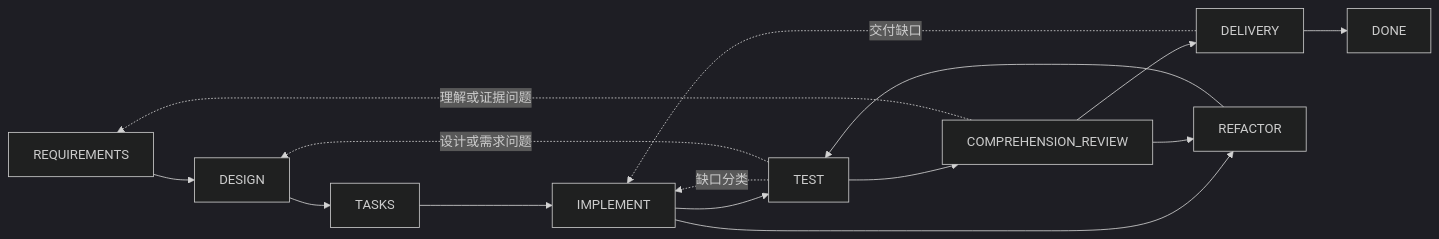
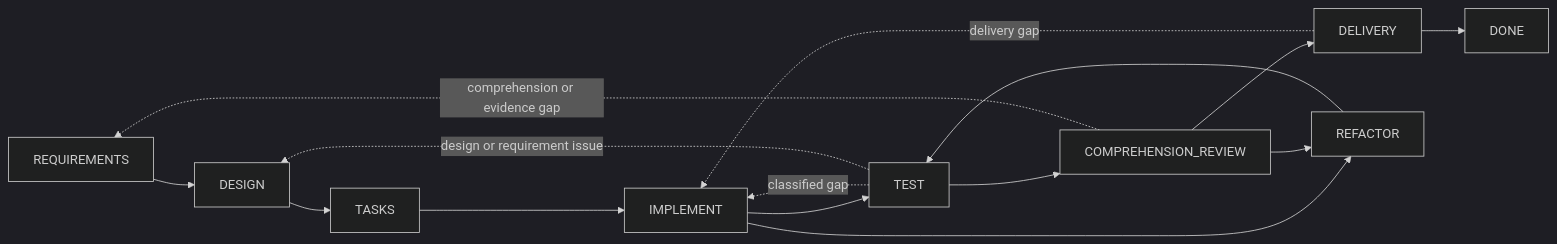
One commit to Innocent-children/dev-flow changed the diagram in README.md. Above: the diagram before and after it, drawn with Mermaid (dark theme). The commit also changed other lines of this file and 2 other files, not shown here.

Commit message:
docs: align README translation invariants

````diff
--- a/README.md
+++ b/README.md
@@ -106,17 +106,17 @@
 ```mermaid
 flowchart LR
     R[REQUIREMENTS] --> D[DESIGN]
     D --> T[TASKS]
     T --> I[IMPLEMENT]
     I --> V[TEST]
     V --> C[COMPREHENSION_REVIEW]
     C --> L[DELIVERY]
     L --> O[DONE]
     I --> F[REFACTOR]
     C --> F
     F --> V
-    V -. 缺口分类 .-> I
-    V -. 设计或需求问题 .-> D
-    C -. 理解或证据问题 .-> R
-    L -. 交付缺口 .-> I
+    V -. classified gap .-> I
+    V -. design or requirement issue .-> D
+    C -. comprehension or evidence gap .-> R
+    L -. delivery gap .-> I
 ```
````
